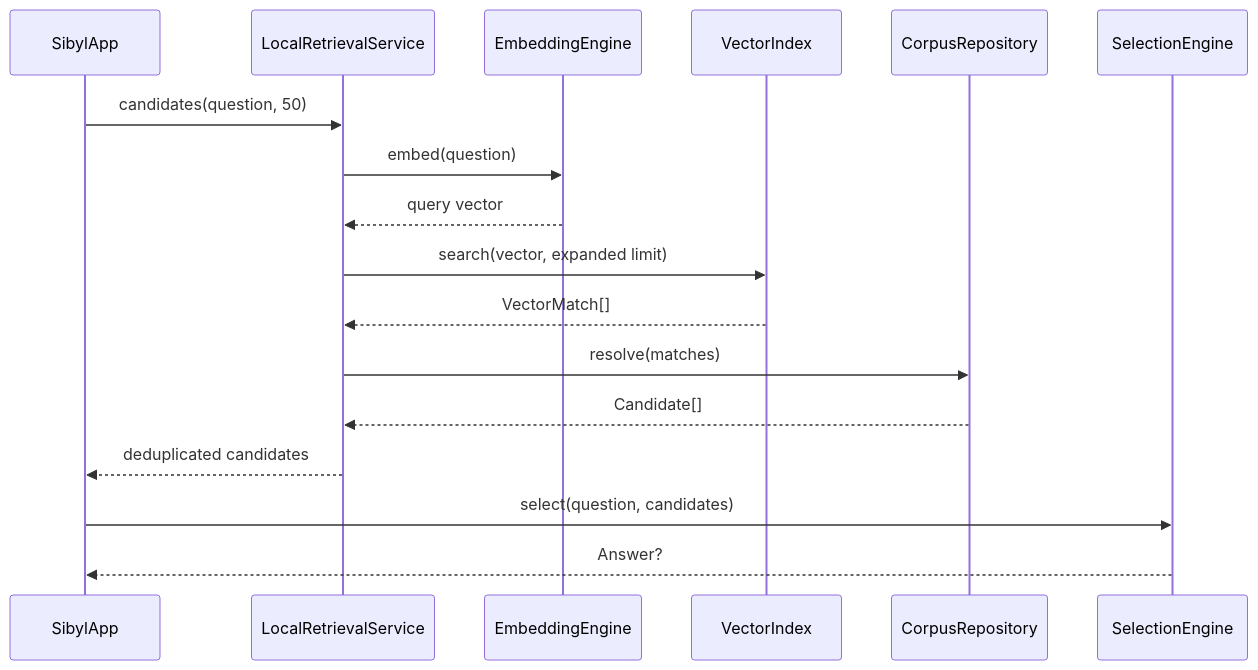
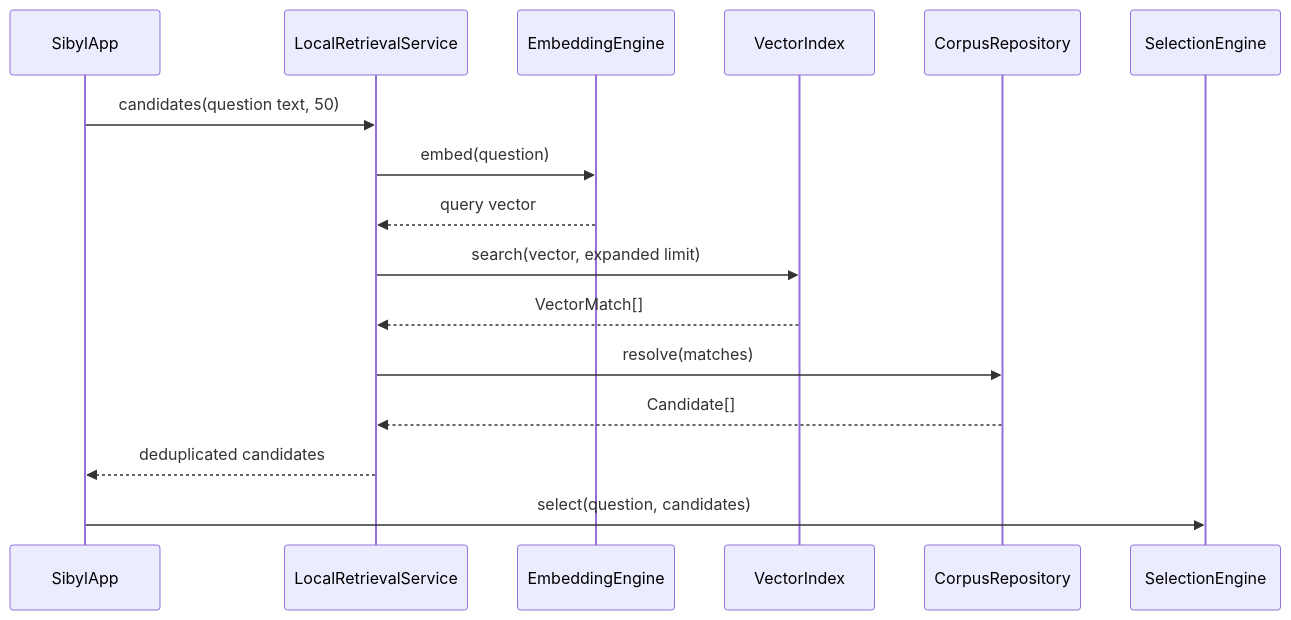
One commit to folk21/sibyl changed the first of 2 diagrams in mobile/IMPLEMENTATION.md. Above: the diagram before and after it, drawn with Mermaid. The commit also changed other lines of this file and 59 other files, not shown here.

````diff
--- a/mobile/IMPLEMENTATION.md
+++ b/mobile/IMPLEMENTATION.md
@@ -46,20 +54,19 @@
 ```mermaid
 sequenceDiagram
     participant UI as SibylApp
     participant R as LocalRetrievalService
     participant E as EmbeddingEngine
     participant V as VectorIndex
     participant C as CorpusRepository
     participant S as SelectionEngine
 
-    UI->>R: candidates(question, 50)
+    UI->>R: candidates(question text, 50)
     R->>E: embed(question)
     E-->>R: query vector
     R->>V: search(vector, expanded limit)
     V-->>R: VectorMatch[]
     R->>C: resolve(matches)
     C-->>R: Candidate[]
     R-->>UI: deduplicated candidates
     UI->>S: select(question, candidates)
-    S-->>UI: Answer?
 ```
````
